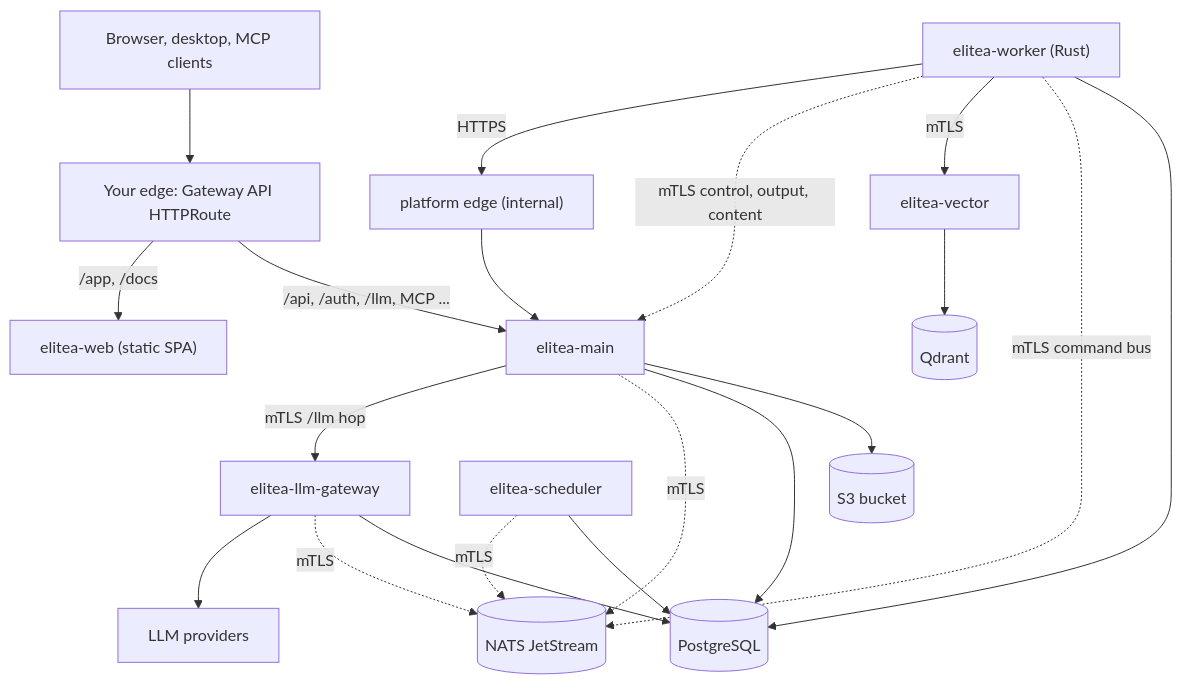
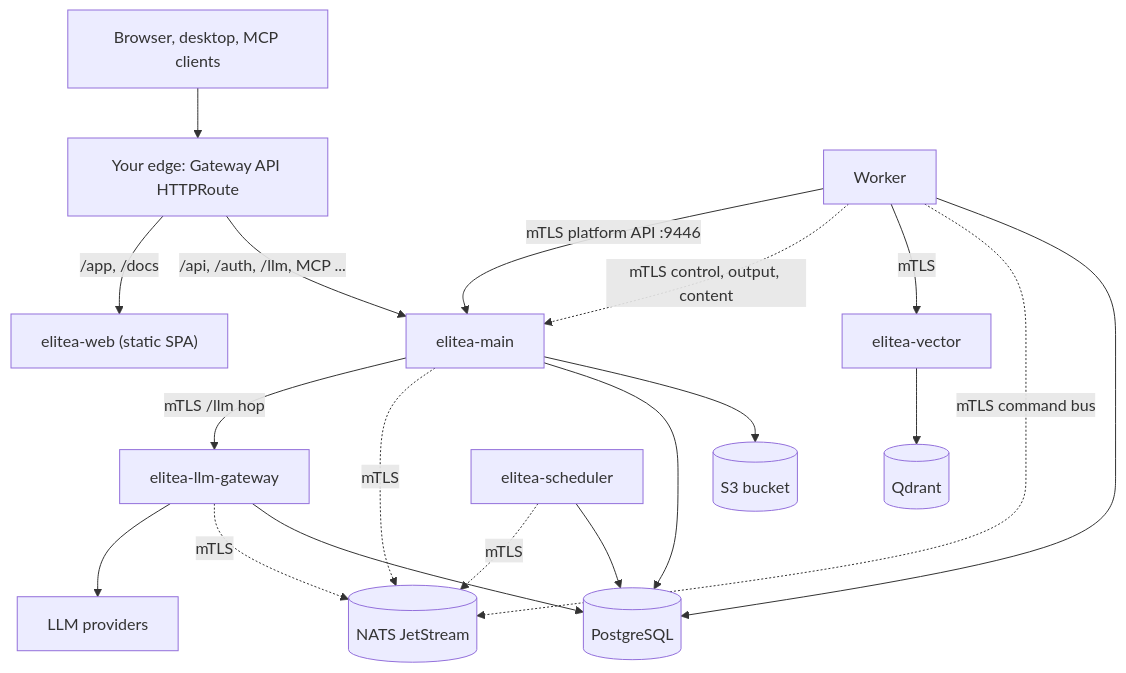
Before and after one commit to elitea-ng/elitea-platform: the diagram in apps/elitea-web/src/entries/docs/content/deployment/from-scratch.mdx, drawn with Mermaid. The commit also changed other lines of this file and 47 other files, not shown here.

````diff
--- a/apps/elitea-web/src/entries/docs/content/deployment/from-scratch.mdx
+++ b/apps/elitea-web/src/entries/docs/content/deployment/from-scratch.mdx
@@ -14,22 +14,21 @@
 ```mermaid
 flowchart TB
     Browser["Browser, desktop, MCP clients"] --> Edge["Your edge: Gateway API HTTPRoute"]
     Edge -->|"/app, /docs"| Web["elitea-web (static SPA)"]
     Edge -->|"/api, /auth, /llm, MCP ..."| Main["elitea-main"]
     Main -->|"mTLS /llm hop"| GW["elitea-llm-gateway"]
     GW --> Providers["LLM providers"]
-    Worker["elitea-worker (Rust)"] -->|"HTTPS"| PEdge["platform edge (internal)"]
-    PEdge --> Main
+    Worker -->|"mTLS platform API :9446"| Main
     Worker -. "mTLS control, output, content" .-> Main
     Worker -->|"mTLS"| Vector["elitea-vector"]
     Vector --> Qdrant[("Qdrant")]
     Main -. "mTLS" .-> NATS[("NATS JetStream")]
     Worker -. "mTLS command bus" .-> NATS
     GW -. "mTLS" .-> NATS
     Sched["elitea-scheduler"] -. "mTLS" .-> NATS
     Main --> PG[("PostgreSQL")]
     GW --> PG
     Sched --> PG
     Worker --> PG
     Main --> S3[("S3 bucket")]
 ```
````
